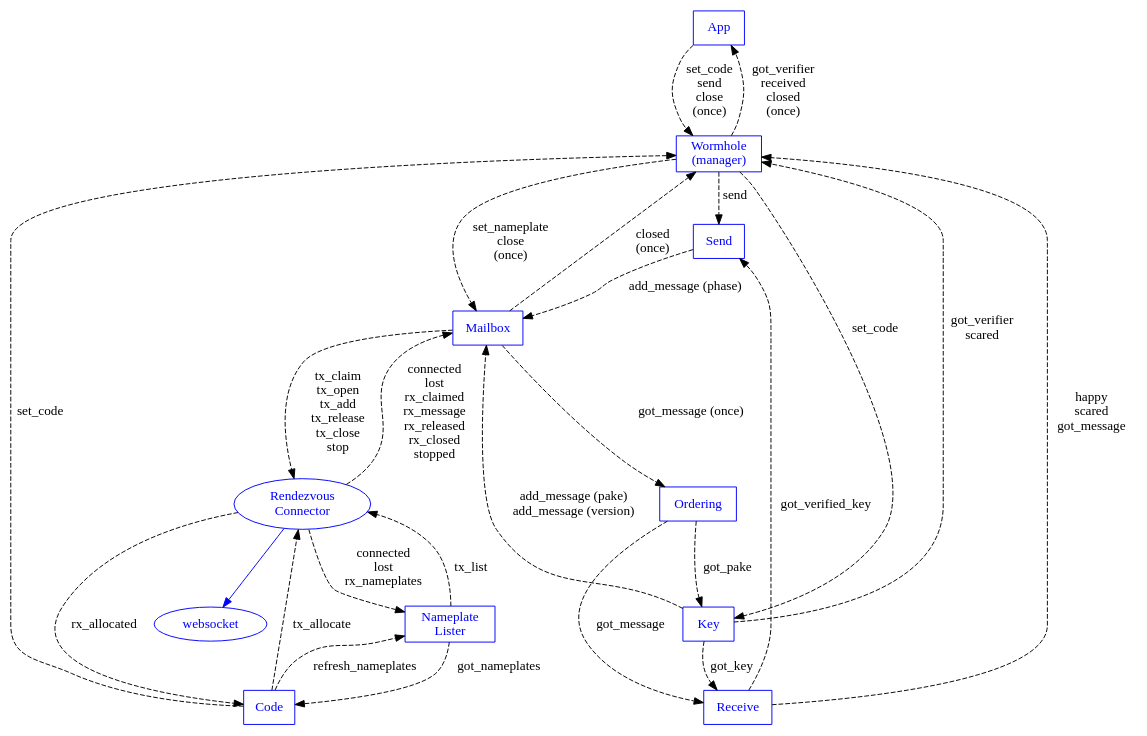
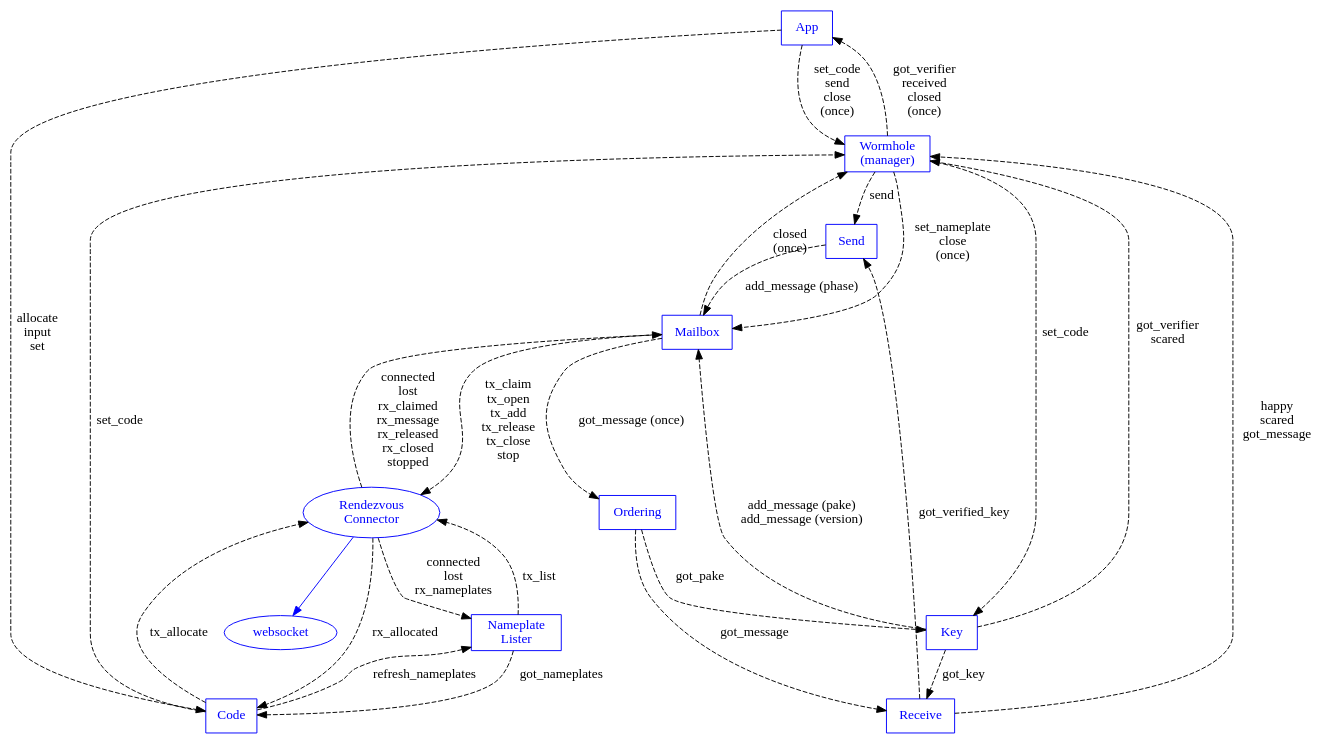
One commit to magic-wormhole/magic-wormhole changed the diagram in docs/machines.dot. Above: the diagram before and after it, drawn with Graphviz. The commit also changed 13 other files, not shown here.

```diff
--- a/docs/machines.dot
+++ b/docs/machines.dot
@@ -1,80 +1,82 @@
 digraph {
         App [shape="box" color="blue" fontcolor="blue"]
         Wormhole [shape="box" label="Wormhole\n(manager)"
                   color="blue" fontcolor="blue"]
         Mailbox [shape="box" color="blue" fontcolor="blue"]
         Connection [label="Rendezvous\nConnector"
                     shape="oval" color="blue" fontcolor="blue"]
         websocket [color="blue" fontcolor="blue"]
         Order [shape="box" label="Ordering" color="blue" fontcolor="blue"]
         Key [shape="box" label="Key" color="blue" fontcolor="blue"]
         Send [shape="box" label="Send" color="blue" fontcolor="blue"]
         Receive [shape="box" label="Receive" color="blue" fontcolor="blue"]
         Code [shape="box" label="Code" color="blue" fontcolor="blue"]
         Nameplates [shape="box" label="Nameplate\nLister"
                     color="blue" fontcolor="blue"
                     ]
 
         Connection -> websocket [color="blue"]
         #Connection -> Order [color="blue"]
 
         App -> Wormhole [style="dashed" label="set_code\nsend\nclose\n(once)"]
         #App -> Wormhole [color="blue"]
         Wormhole -> App [style="dashed" label="got_verifier\nreceived\nclosed\n(once)"]
 
         #Wormhole -> Connection [color="blue"]
 
         Wormhole -> Send [style="dashed" label="send"]
 
         Wormhole -> Mailbox [style="dashed"
                              label="set_nameplate\nclose\n(once)"
                              ]
         #Wormhole -> Mailbox [color="blue"]
         Mailbox -> Wormhole [style="dashed" label="closed\n(once)"]
         Mailbox -> Order [style="dashed" label="got_message (once)"]
         Wormhole -> Key [style="dashed" label="set_code"]
         Key -> Wormhole [style="dashed" label="got_verifier\nscared"]
         Order -> Key [style="dashed" label="got_pake"]
         Order -> Receive [style="dashed" label="got_message"]
         #Wormhole -> Key [color="blue"]
         Key -> Mailbox [style="dashed" label="add_message (pake)\nadd_message (version)"]
         Receive -> Send [style="dashed" label="got_verified_key"]
         Send -> Mailbox [style="dashed" label="add_message (phase)"]
 
         Key -> Receive [style="dashed" label="got_key"]
         Receive -> Wormhole [style="dashed"
                              label="happy\nscared\ngot_message"]
 
         Mailbox -> Connection [style="dashed"
                                label="tx_claim\ntx_open\ntx_add\ntx_release\ntx_close\nstop"
                                ]
         Connection -> Mailbox [style="dashed"
                                label="connected\nlost\nrx_claimed\nrx_message\nrx_released\nrx_closed\nstopped"]
 
         Connection -> Nameplates [style="dashed"
                                   label="connected\nlost\nrx_nameplates"
                                   ]
         Nameplates -> Connection [style="dashed"
                                   label="tx_list"
                                   ]
 
         #Wormhole -> Code [color="blue"]
         Code -> Connection [style="dashed"
                             label="tx_allocate"
                             ]
         Connection -> Code [style="dashed"
                             label="rx_allocated"]
         Nameplates -> Code [style="dashed"
                             label="got_nameplates"
                             ]
         #Code -> Nameplates [color="blue"]
         Code -> Nameplates [style="dashed"
                             label="refresh_nameplates"
                             ]
         Code -> Wormhole [style="dashed"
                           label="set_code"]
+        App -> Code [style="dashed"
+                     label="allocate\ninput\nset"]
         
         
 
 
 }
```
